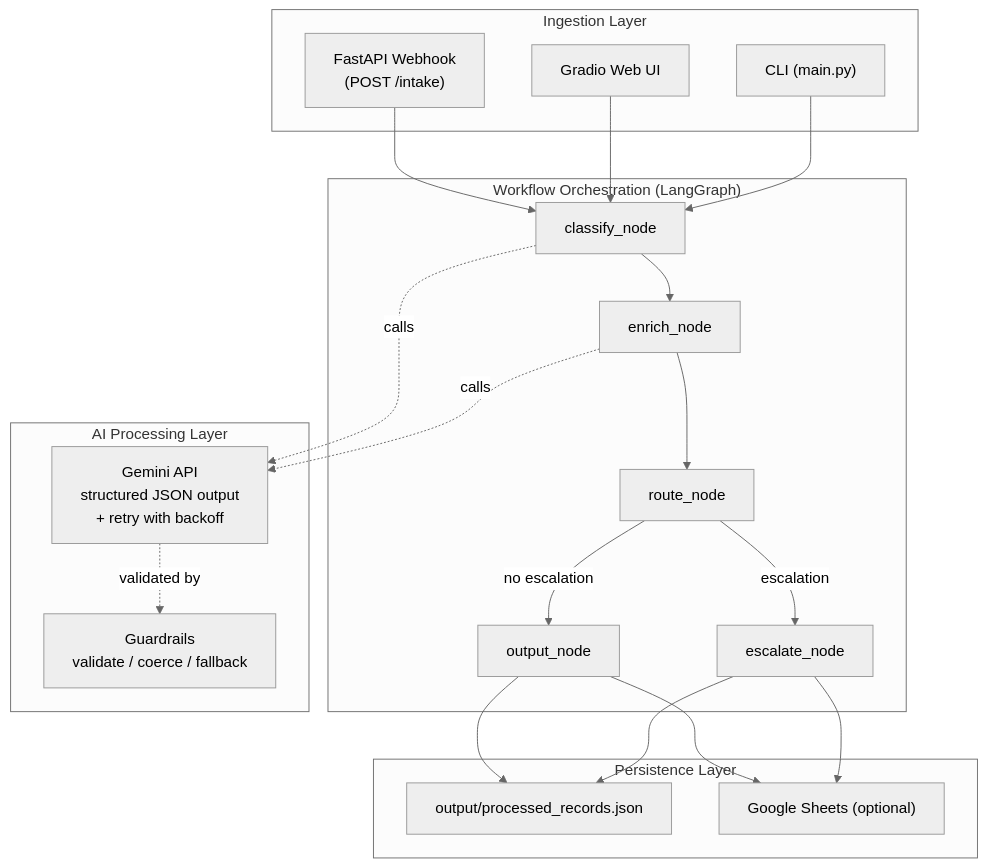
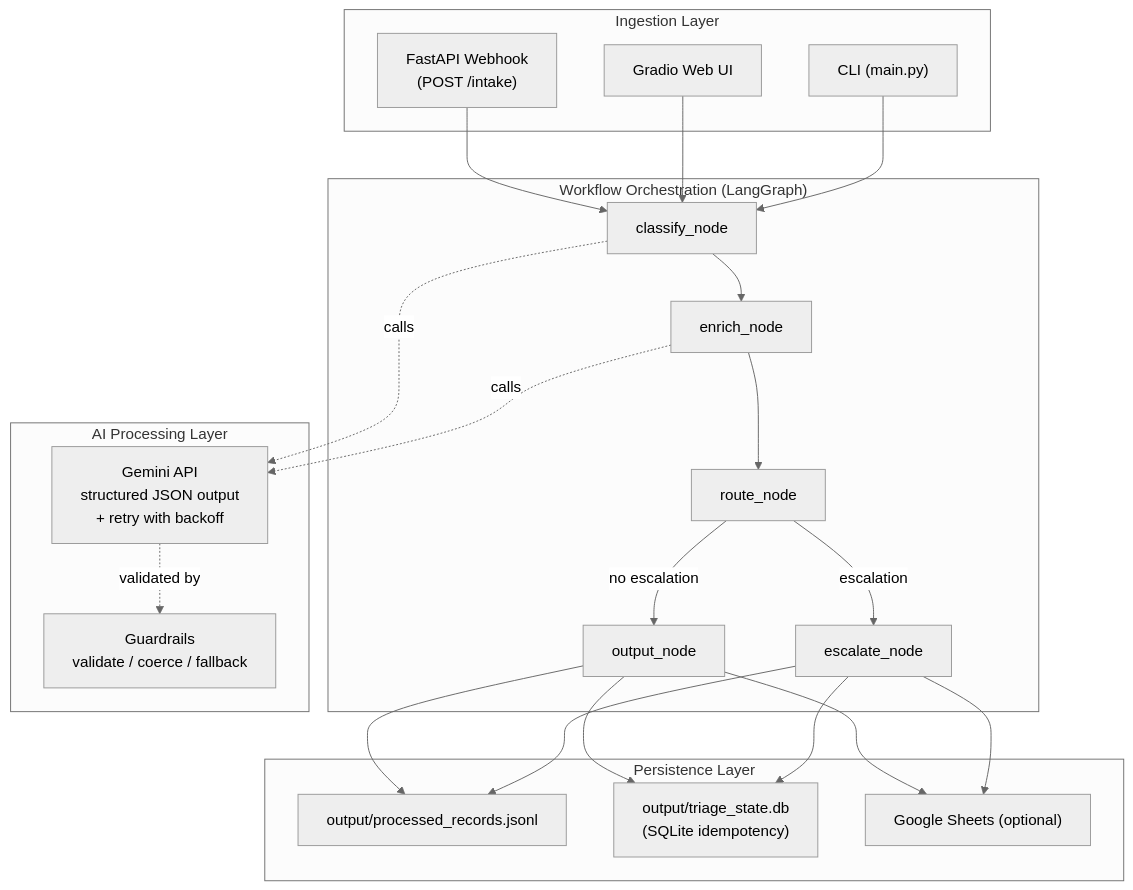
The second of 2 diagrams in arcvault-triage/docs/architecture_writeup.md (haelkh/aspire_assessment), drawn with Mermaid (neutral theme) before and after one commit. The commit also changed other lines of this file and 26 other files, not shown here.

````diff
--- a/arcvault-triage/docs/architecture_writeup.md
+++ b/arcvault-triage/docs/architecture_writeup.md
@@ -24,40 +24,43 @@
 ```mermaid
 flowchart TB
     subgraph Ingestion["Ingestion Layer"]
         W["FastAPI Webhook<br/>(POST /intake)"]
         UI["Gradio Web UI"]
         CLI["CLI (main.py)"]
     end
 
     subgraph Orchestration["Workflow Orchestration (LangGraph)"]
         CL["classify_node"]
         EN["enrich_node"]
         RT["route_node"]
         OUT["output_node"]
         ESC["escalate_node"]
     end
 
     subgraph AI["AI Processing Layer"]
         GEM["Gemini API<br/>structured JSON output<br/>+ retry with backoff"]
         GUARD["Guardrails<br/>validate / coerce / fallback"]
     end
 
     subgraph Persistence["Persistence Layer"]
-        JSON["output/processed_records.json"]
+        JSONL["output/processed_records.jsonl"]
+        DB["output/triage_state.db<br/>(SQLite idempotency)"]
         SHEETS["Google Sheets (optional)"]
     end
 
     W --> CL
     UI --> CL
     CLI --> CL
     CL --> EN --> RT
     RT -->|no escalation| OUT
     RT -->|escalation| ESC
     CL -.->|calls| GEM
     EN -.->|calls| GEM
     GEM -.->|validated by| GUARD
-    OUT --> JSON
+    OUT --> JSONL
+    OUT --> DB
     OUT --> SHEETS
-    ESC --> JSON
+    ESC --> JSONL
+    ESC --> DB
     ESC --> SHEETS
 ```
````
